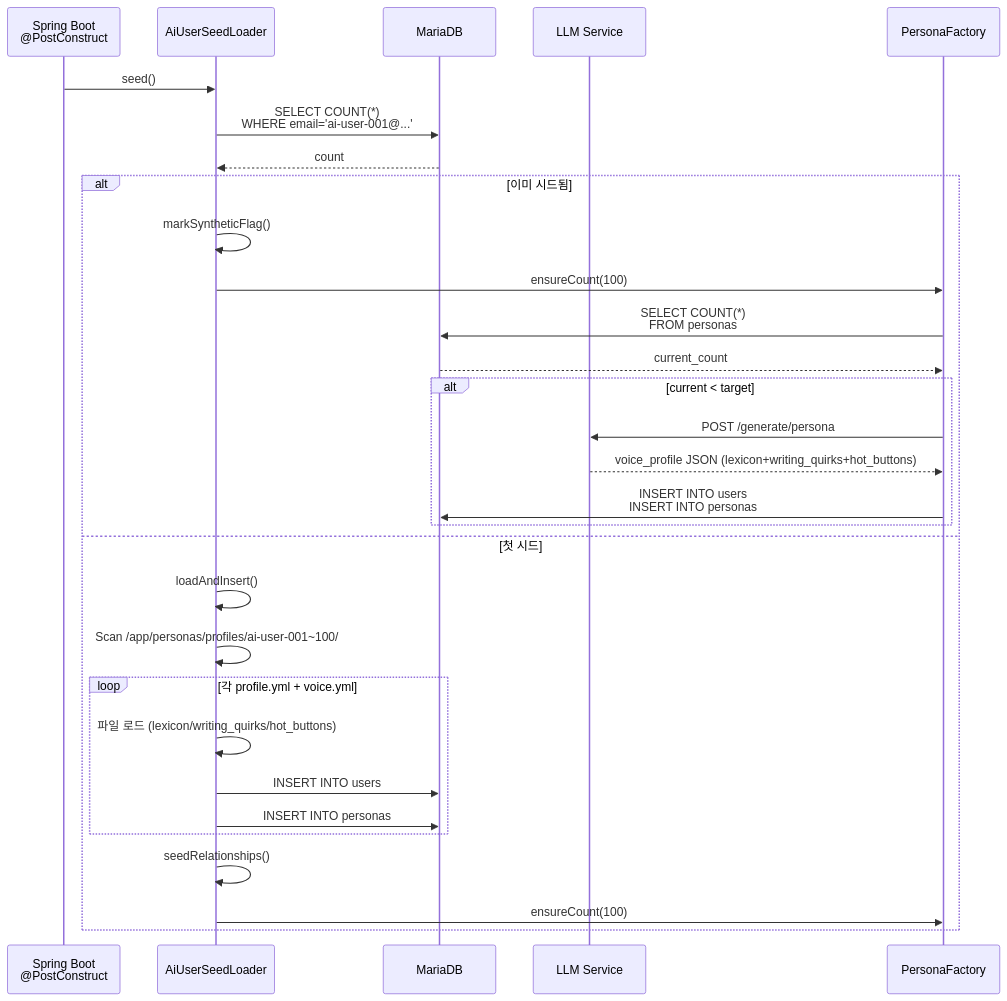
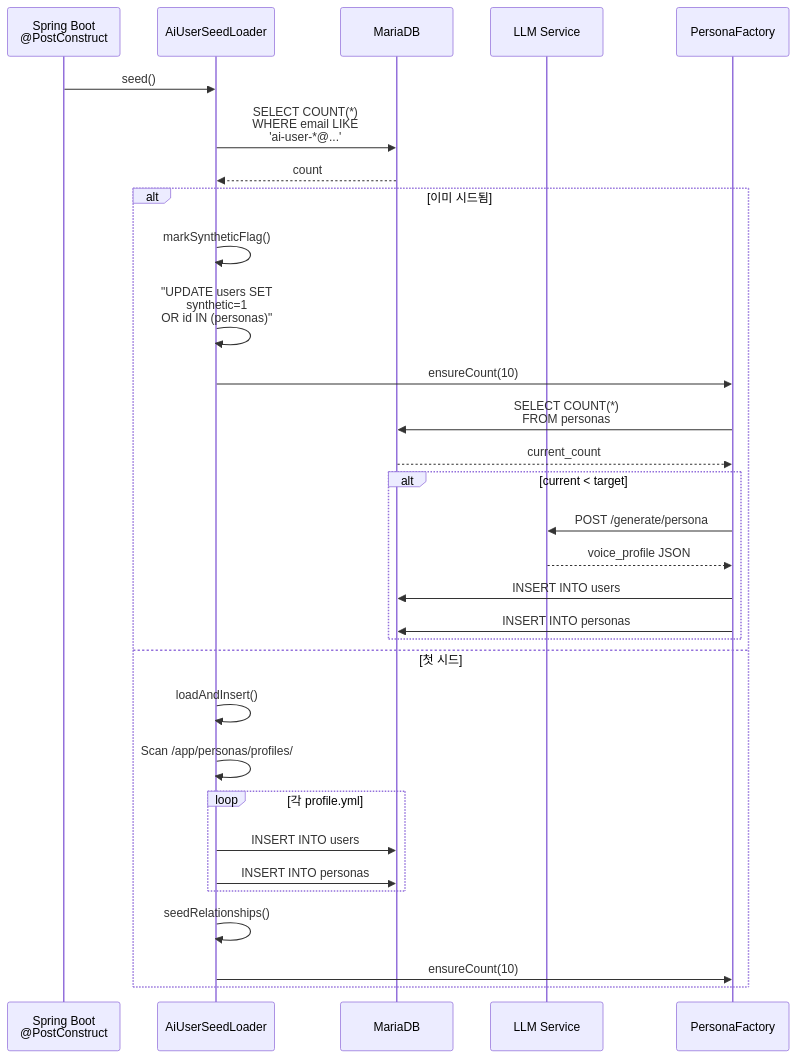
The fourth of 5 diagrams in ai-user/docs/orchestrator.md (Justant-source/Again-Spring), drawn with Mermaid before and after one commit. The commit also changed other lines of this file and 45 other files, not shown here.

````diff
--- a/ai-user/docs/orchestrator.md
+++ b/ai-user/docs/orchestrator.md
@@ -420,34 +420,35 @@
 ```mermaid
 sequenceDiagram
     participant Spring as Spring Boot<br/>@PostConstruct
     participant Seed as AiUserSeedLoader
     participant DB as MariaDB
     participant LLM as LLM Service
     participant Factory as PersonaFactory
     
     Spring->>Seed: seed()
-    Seed->>DB: SELECT COUNT(*)<br/>WHERE email='ai-user-001@...'
+    Seed->>DB: SELECT COUNT(*)<br/>WHERE email LIKE<br/>'ai-user-*@...'
     DB-->>Seed: count
     
     alt 이미 시드됨
         Seed->>Seed: markSyntheticFlag()
-        Seed->>Factory: ensureCount(100)
+        Seed->>Seed: "UPDATE users SET<br/>synthetic=1<br/>OR id IN (personas)"
+        Seed->>Factory: ensureCount(10)
         Factory->>DB: SELECT COUNT(*)<br/>FROM personas
         DB-->>Factory: current_count
         alt current < target
             Factory->>LLM: POST /generate/persona
-            LLM-->>Factory: voice_profile JSON (lexicon+writing_quirks+hot_buttons)
-            Factory->>DB: INSERT INTO users<br/>INSERT INTO personas
+            LLM-->>Factory: voice_profile JSON
+            Factory->>DB: INSERT INTO users
+            Factory->>DB: INSERT INTO personas
         end
     else 첫 시드
         Seed->>Seed: loadAndInsert()
-        Seed->>Seed: Scan /app/personas/profiles/ai-user-001~100/
-        loop 각 profile.yml + voice.yml
-            Seed->>Seed: 파일 로드 (lexicon/writing_quirks/hot_buttons)
+        Seed->>Seed: Scan /app/personas/profiles/
+        loop 각 profile.yml
             Seed->>DB: INSERT INTO users
             Seed->>DB: INSERT INTO personas
         end
         Seed->>Seed: seedRelationships()
-        Seed->>Factory: ensureCount(100)
+        Seed->>Factory: ensureCount(10)
     end
 ```
````
